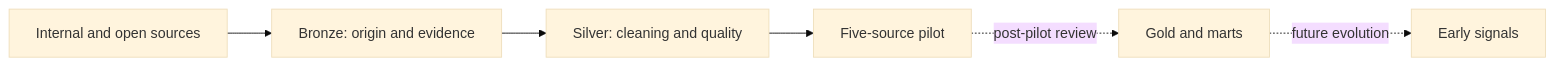
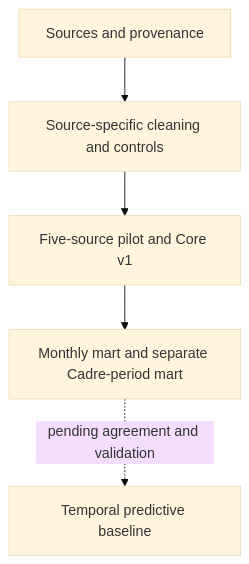
The diagram in README.md (wmg2506/niger-anticipatory-action-portfolio), drawn with Mermaid (base theme) before and after one commit. The commit also changed other lines of this file, not shown here.

Commit message:
Document Core v1, Cadre Harmonisé exploratory work and predictive limits

````diff
--- a/README.md
+++ b/README.md
@@ -117,8 +135,7 @@
 ```mermaid
-flowchart LR
-    A["Internal and open sources"] --> B["Bronze: origin and evidence"]
-    B --> C["Silver: cleaning and quality"]
-    C --> D["Five-source pilot"]
-    D -. post-pilot review .-> E["Gold and marts"]
-    E -. future evolution .-> F["Early signals"]
+flowchart TD
+    A["Sources and provenance"] --> B["Source-specific cleaning and controls"]
+    B --> C["Five-source pilot and Core v1"]
+    C --> D["Monthly mart and separate Cadre-period mart"]
+    D -. pending agreement and validation .-> E["Temporal predictive baseline"]
 ```
````
